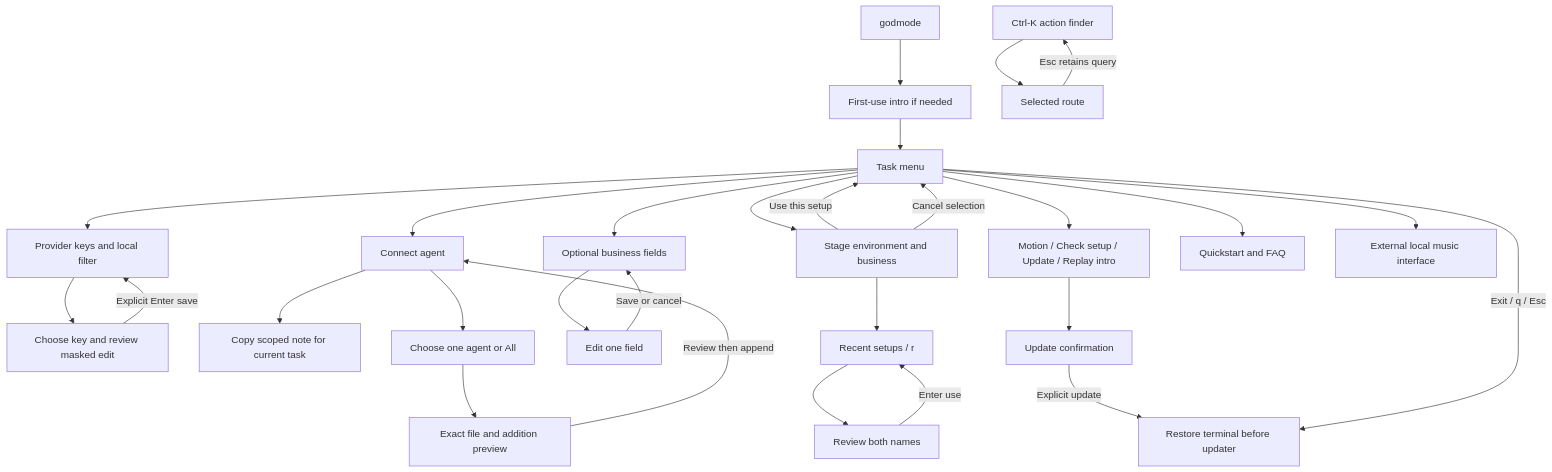
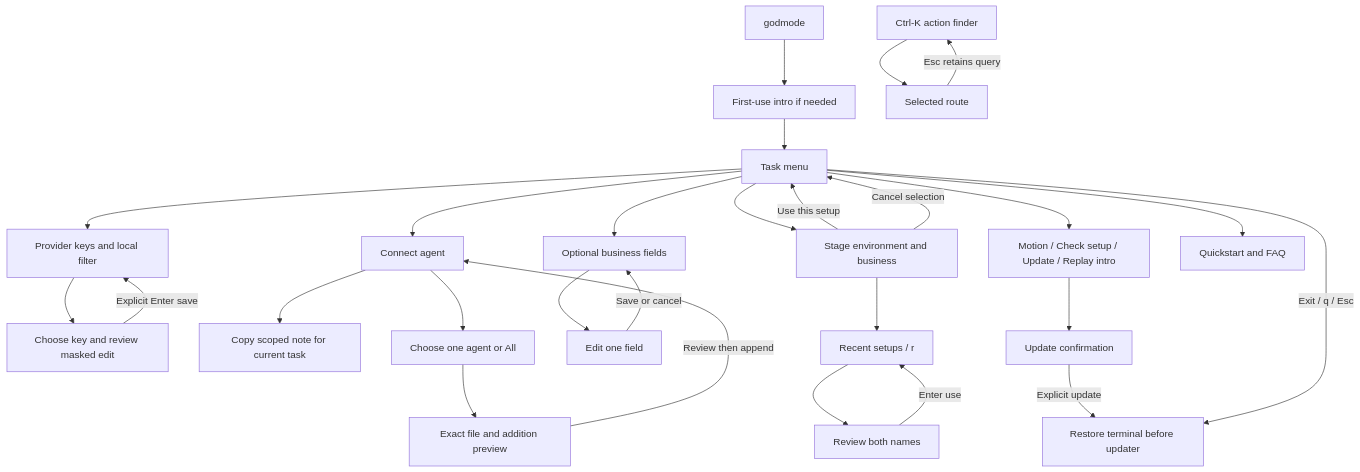
The second of 2 diagrams in docs/dev/CLI_EXPERIENCE.md (lofimichael/godmode-cli), drawn with Mermaid before and after one commit. The commit also changed other lines of this file and 733 other files, not shown here.

````diff
--- a/docs/dev/CLI_EXPERIENCE.md
+++ b/docs/dev/CLI_EXPERIENCE.md
@@ -37,30 +36,29 @@
 ```mermaid
 flowchart TD
     Entry[godmode] --> Welcome[First-use intro if needed]
     Welcome --> Home[Task menu]
     Home --> Providers[Provider keys and local filter]
     Providers --> Input[Choose key and review masked edit]
     Input -->|Explicit Enter save| Providers
     Home --> Connect[Connect agent]
     Connect --> Copy[Copy scoped note for current task]
     Connect --> Target[Choose one agent or All]
     Target --> Diff[Exact file and addition preview]
     Diff -->|Review then append| Connect
     Home --> Profile[Optional business fields]
     Profile --> Field[Edit one field]
     Field -->|Save or cancel| Profile
     Home --> Switch[Stage environment and business]
     Switch -->|Use this setup| Home
     Switch -->|Cancel selection| Home
     Switch --> Recent[Recent setups / r]
     Recent --> Pair[Review both names]
     Pair -->|Enter use| Recent
     Home --> Settings[Motion / Check setup / Update / Replay intro]
     Settings --> Confirm[Update confirmation]
     Confirm -->|Explicit update| Shell[Restore terminal before updater]
     Home --> Help[Quickstart and FAQ]
-    Home --> Music[External local music interface]
     Home -->|Exit / q / Esc| Shell
     Finder[Ctrl-K action finder] --> Destination[Selected route]
     Destination -->|Esc retains query| Finder
 ```
````
